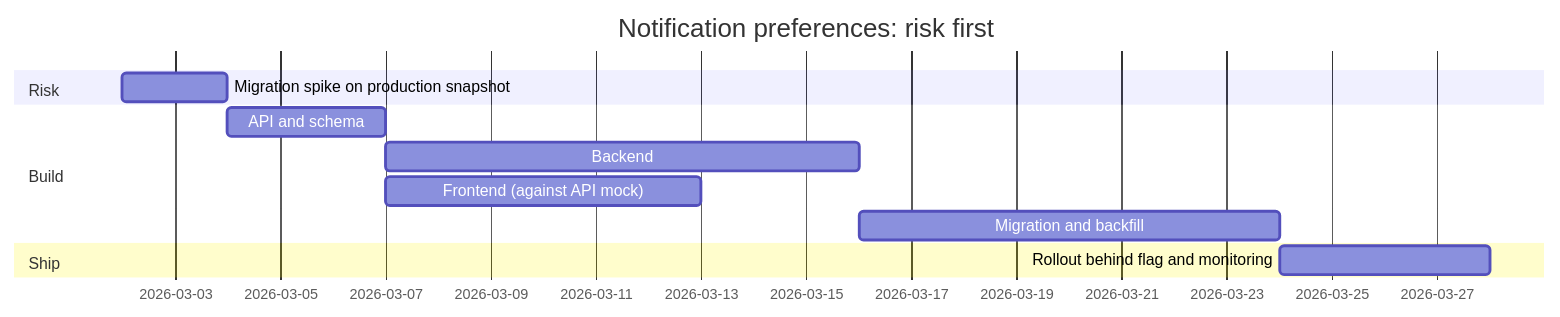
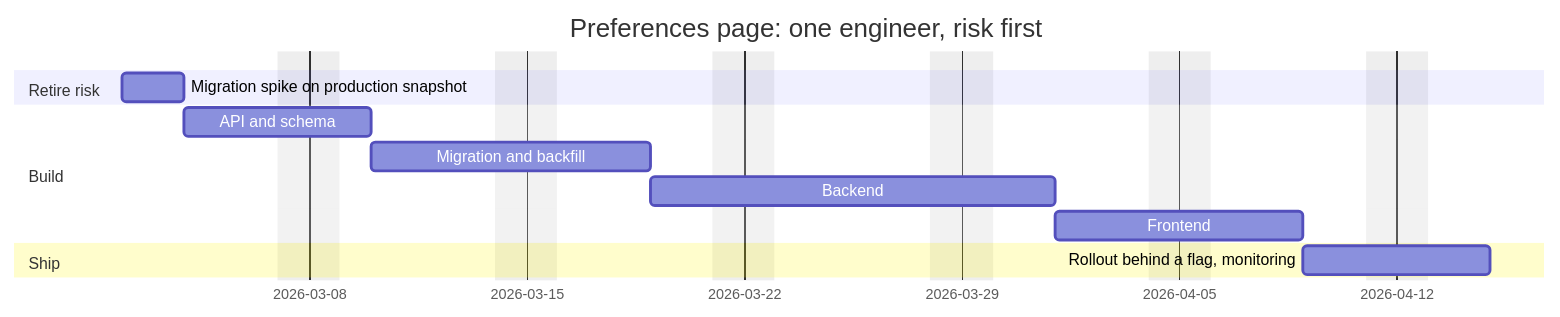
Before and after one commit to thull32/ascend: the first of 2 diagrams in content/tracks/13-senior-craft/03-technical-leadership/06-estimation-planning-and-prioritisation.md, drawn with Mermaid. The commit also changed other lines of this file and 7 other files, not shown here.

````diff
--- a/content/tracks/13-senior-craft/03-technical-leadership/06-estimation-planning-and-prioritisation.md
+++ b/content/tracks/13-senior-craft/03-technical-leadership/06-estimation-planning-and-prioritisation.md
@@ -96,14 +268,15 @@
 ```mermaid
 gantt
-    title Notification preferences: risk first
+    title Preferences page: one engineer, risk first
     dateFormat YYYY-MM-DD
-    section Risk
+    excludes weekends
+    section Retire risk
     Migration spike on production snapshot :a1, 2026-03-02, 2d
     section Build
-    API and schema                          :a2, after a1, 3d
-    Backend                                 :a3, after a2, 9d
-    Frontend (against API mock)             :a4, after a2, 6d
-    Migration and backfill                  :a5, after a3, 8d
+    API and schema                         :a2, after a1, 4d
+    Migration and backfill                 :a3, after a2, 7d
+    Backend                                :a4, after a3, 9d
+    Frontend                               :a5, after a4, 6d
     section Ship
-    Rollout behind flag and monitoring      :a6, after a5, 4d
+    Rollout behind a flag, monitoring      :a6, after a5, 4d
 ```
````
